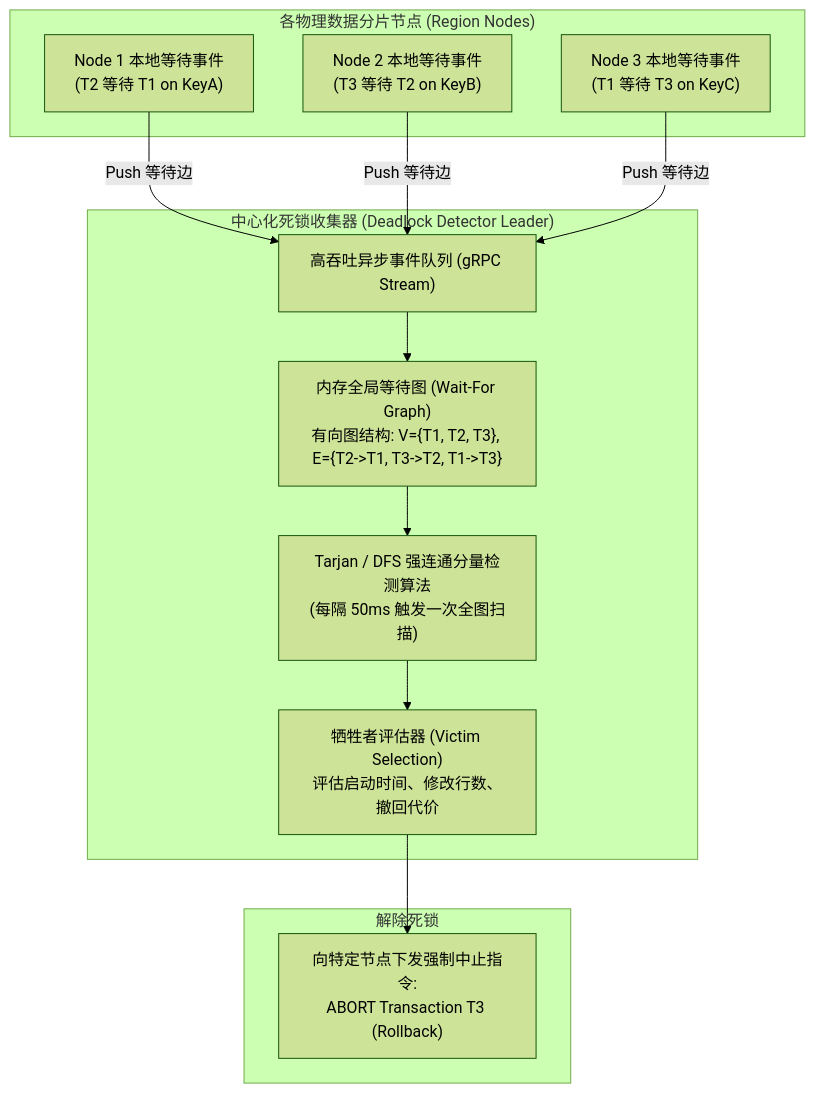
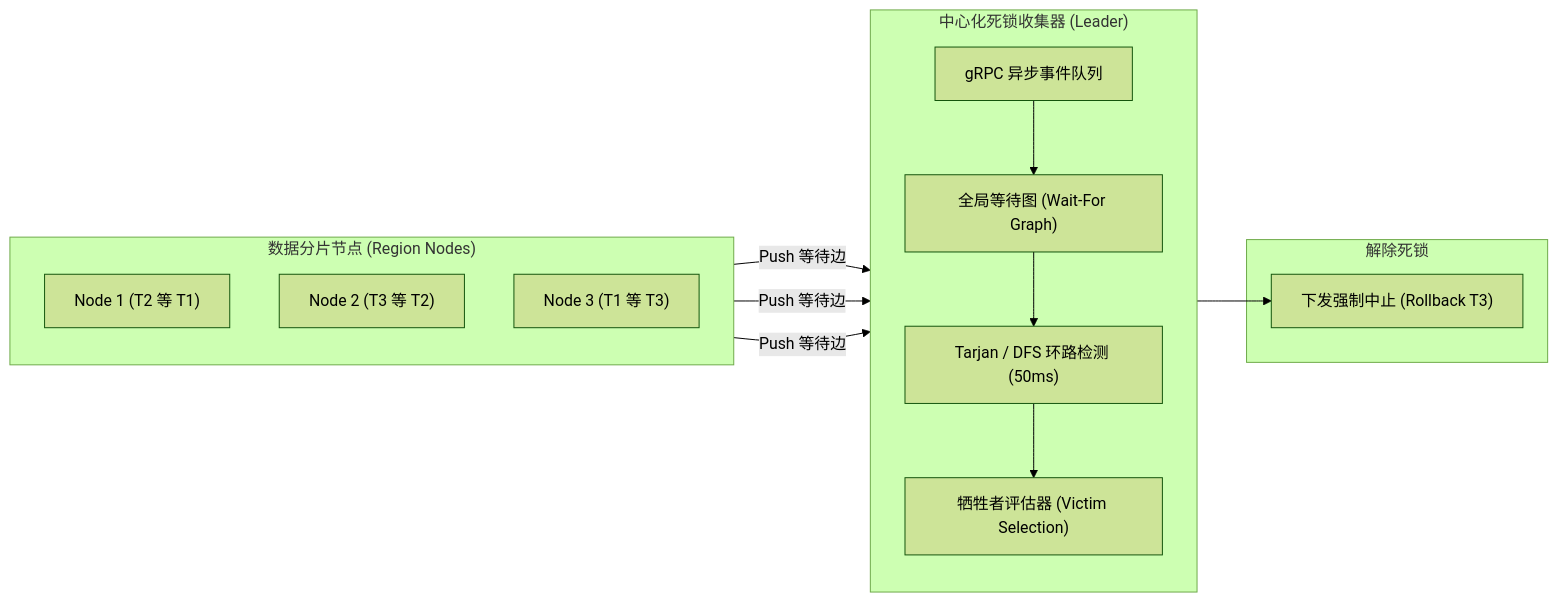
Before and after one commit to MoreConsequence/MoreConsequence.github.io: the second of 4 diagrams in content/posts/interview-deep-dives/interview-58-distributed-deadlock-detection-engine.md, drawn with Mermaid (forest theme). The commit also changed other lines of this file and 835 other files, not shown here.

First line of the commit message:
feat(blog): 全站33篇新增深度专栏与博文全量审核上线及矢量图表优化

````diff
--- a/content/posts/interview-deep-dives/interview-58-distributed-deadlock-detection-engine.md
+++ b/content/posts/interview-deep-dives/interview-58-distributed-deadlock-detection-engine.md
@@ -78,24 +78,25 @@
 ```mermaid
-flowchart TD
-    subgraph LocalNodes["各物理数据分片节点 (Region Nodes)"]
-        N1["Node 1 本地等待事件\n(T2 等待 T1 on KeyA)"]
-        N2["Node 2 本地等待事件\n(T3 等待 T2 on KeyB)"]
-        N3["Node 3 本地等待事件\n(T1 等待 T3 on KeyC)"]
+flowchart LR
+    subgraph LocalNodes["数据分片节点 (Region Nodes)"]
+        direction TB
+        N1["Node 1 (T2 等 T1)"]
+        N2["Node 2 (T3 等 T2)"]
+        N3["Node 3 (T1 等 T3)"]
     end
 
-    subgraph Collector["中心化死锁收集器 (Deadlock Detector Leader)"]
-        Queue["高吞吐异步事件队列 (gRPC Stream)"]
-        WFG["内存全局等待图 (Wait-For Graph)\n有向图结构: V={T1, T2, T3}, E={T2->T1, T3->T2, T1->T3}"]
-        Tarjan["Tarjan / DFS 强连通分量检测算法\n(每隔 50ms 触发一次全图扫描)"]
-        VictimChooser["牺牲者评估器 (Victim Selection)\n评估启动时间、修改行数、撤回代价"]
+    subgraph Collector["中心化死锁收集器 (Leader)"]
+        direction TB
+        Queue["gRPC 异步事件队列"]
+        WFG["全局等待图 (Wait-For Graph)"]
+        Tarjan["Tarjan / DFS 环路检测 (50ms)"]
+        Victim["牺牲者评估器 (Victim Selection)"]
+        Queue --> WFG --> Tarjan --> Victim
     end
 
     subgraph Resolution["解除死锁"]
-        Abort["向特定节点下发强制中止指令:\nABORT Transaction T3 (Rollback)"]
+        Abort["下发强制中止 (Rollback T3)"]
     end
 
-    N1 -->|"Push 等待边"| Queue
-    N2 -->|"Push 等待边"| Queue
-    N3 -->|"Push 等待边"| Queue
-    Queue --> WFG --> Tarjan --> VictimChooser --> Abort
+    N1 & N2 & N3 -->|"Push 等待边"| Queue
+    Victim --> Abort
 ```
````
